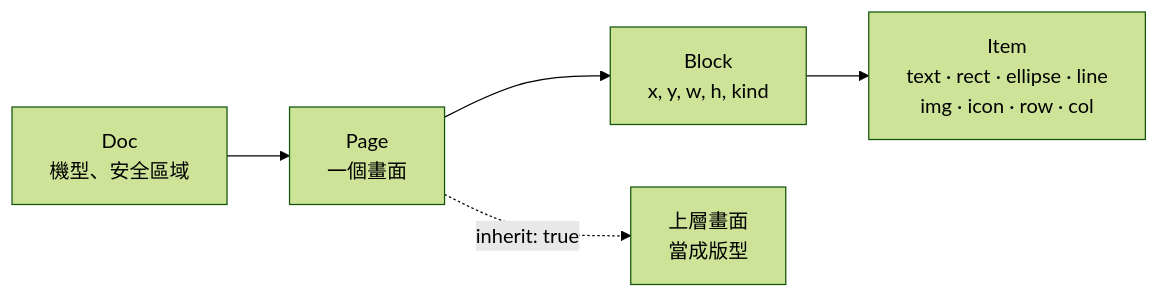
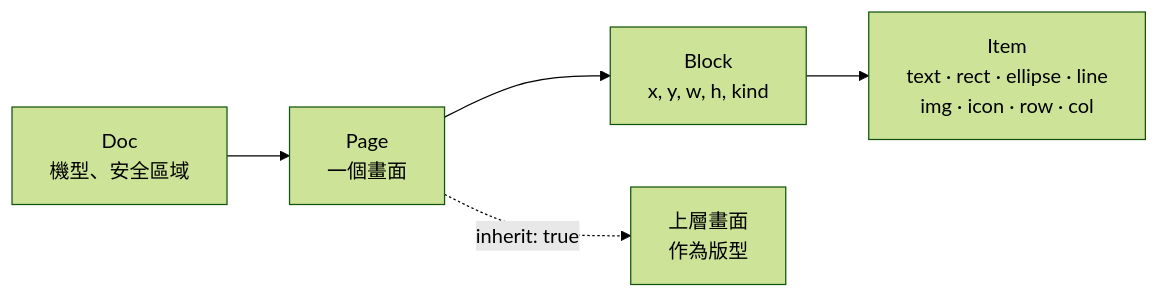
One commit to zelvet-velvet/vellum changed the diagram in README.zh-TW.md. Above: the diagram before and after it, drawn with Mermaid (forest theme). The commit also changed other lines of this file, not shown here.

````diff
--- a/README.zh-TW.md
+++ b/README.zh-TW.md
@@ -132,7 +132,7 @@
 ```mermaid
 flowchart LR
   D["Doc<br/>機型、安全區域"] --> P["Page<br/>一個畫面"]
   P --> B["Block<br/>x, y, w, h, kind"]
   B --> I["Item<br/>text · rect · ellipse · line<br/>img · icon · row · col"]
-  P -. "inherit: true" .-> F["上層畫面<br/>當成版型"]
+  P -. "inherit: true" .-> F["上層畫面<br/>作為版型"]
 ```
````
